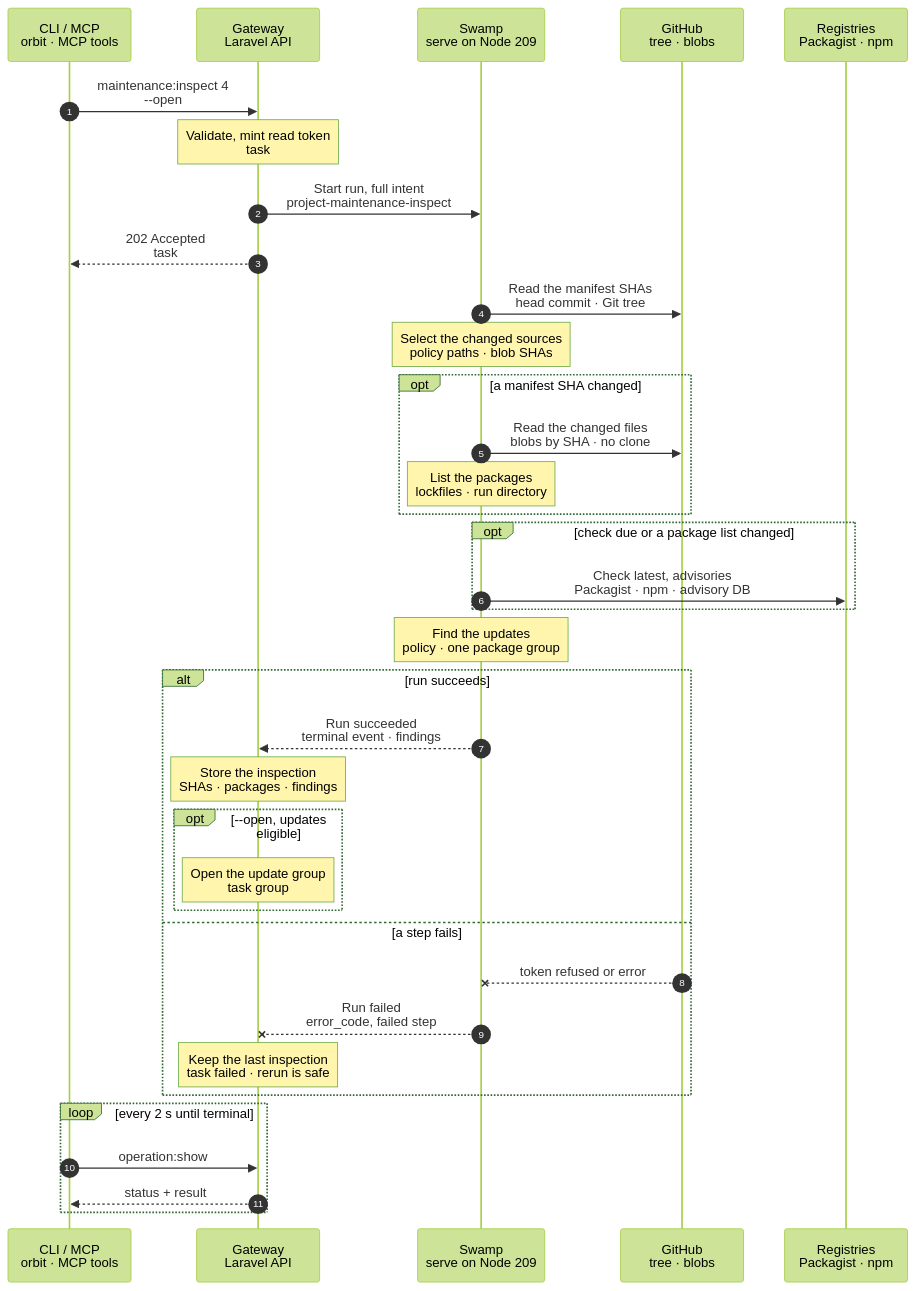
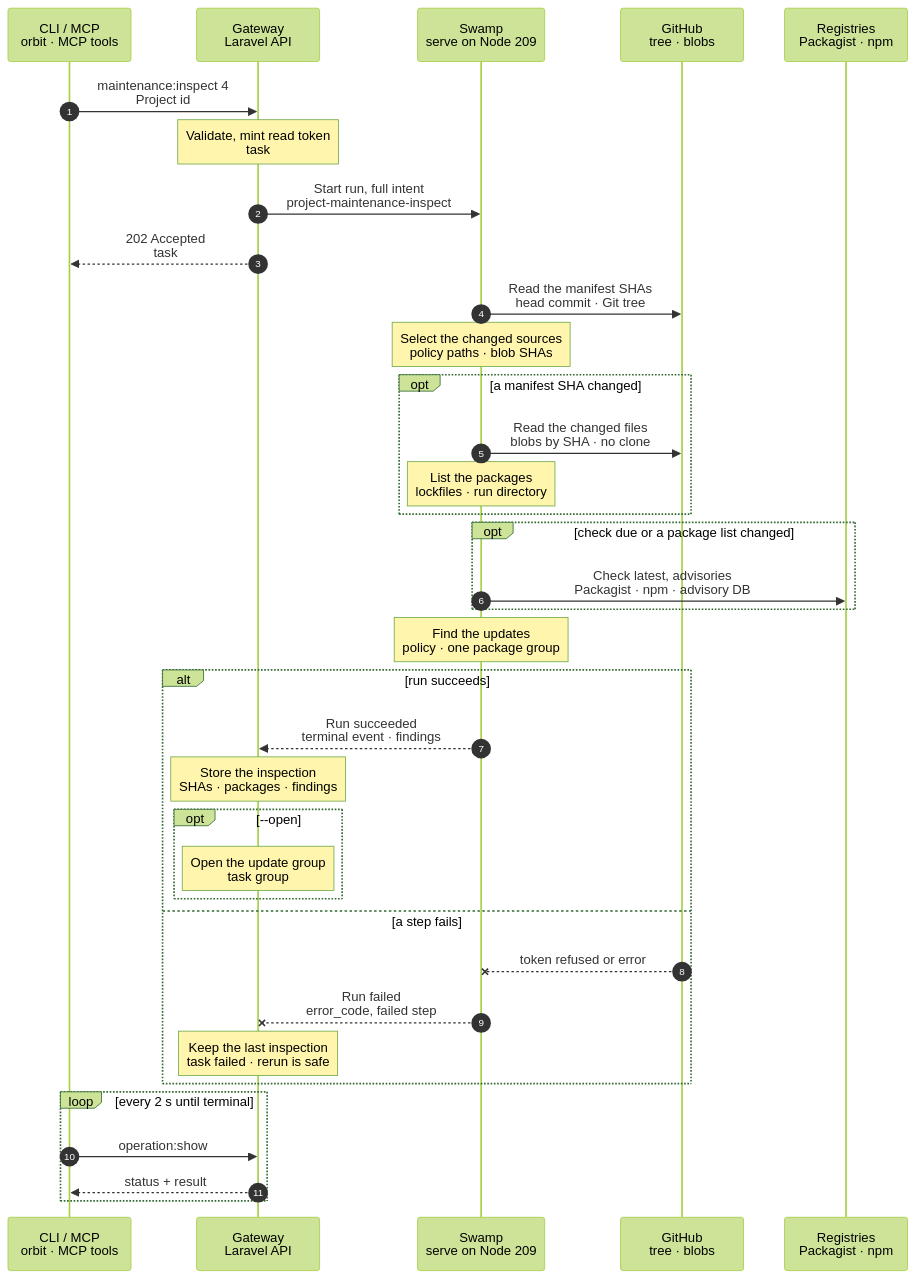
Before and after one commit to hardimpactdev/orbit: the diagram in docs/cli/project/maintenance-inspect.mmd, drawn with Mermaid (forest theme). The commit also changed 2 other files, not shown here.

Commit message:
docs(cli): draw project and metrics charts with a required-only main path
Rule 23: metrics:disable and project:maintenance:inspect drop optional
flags from the main call and draw what --purge-data and --open add in
their own opt blocks. metrics:credentials keeps --reset on its main line,
because its kind only exists with that flag; the call line now shows no
other optional flag.

```diff
--- a/docs/cli/project/maintenance-inspect.mmd
+++ b/docs/cli/project/maintenance-inspect.mmd
@@ -1,132 +1,137 @@
 sequenceDiagram
   %% Target design: ADR 0244 task (driver workflow), ADR 0239 orbit.dependencies.v1, Recall swamp-owns-dependencies + deps-one-group-per-project, R1-R3.
   %% Tightened: flow-tighten 2026-11-02, rules 3, 9, 14, 15, 18 (no input read, no attempt records, head check folded into the read, no report or fail step).
   %% Decided: Nick 2026-11-02, project:maintenance:detect becomes project:maintenance:inspect: per-Project opt-in, default branch only, blob-SHA short-circuit, changed files read through the GitHub App with no clone, daily registry and advisory check, no begin or finish notes, no orbit-gateway calls. The kind keeps its name until the code follows.
   %% status: draft
   %% command: project:maintenance:inspect
   %% kind: project.detect
+  %% Rule 23: 2026-11-03 required-only main path.
   autonumber
   %% lane CLI icon=terminal pill=caller tone=gray
   %% lane GW icon=gateway pill=intent tone=blue
   %% lane SW icon=workflow pill=executes tone=green
   %% lane GH icon=server pill=target tone=purple
   %% lane REG icon=server pill=target tone=purple
   participant CLI as CLI / MCP<br/>orbit · MCP tools
   participant GW as Gateway<br/>Laravel API
   participant SW as Swamp<br/>serve on Node 209
   participant GH as GitHub<br/>tree · blobs
   participant REG as Registries<br/>Packagist · npm
-  CLI->>GW: maintenance:inspect 4<br/>--open
+  CLI->>GW: maintenance:inspect 4<br/>Project id
   %%> Command:
-  %%> - `orbit project:maintenance:inspect 4 --open`
+  %%> - `orbit project:maintenance:inspect 4`
   %%> - syntax: `project:maintenance:inspect <project> [--open] [--idempotency-key=KEY]`
   %%> Input:
-  %%> - the Project
-  %%> - `--open`: open the update task group for the findings; without it, inspect shows the findings and creates nothing
+  %%> - the Project, required
+  %%> - `--open`, optional: also open the update task group for the findings (the `opt --open` block); by default, inspect shows the findings and creates nothing
+  %%> - `--idempotency-key`, optional: reuse a key to retry the same start
+  %%> - `--json`, optional: return the final task as JSON
   %%> Who can call it:
   %%> - the `orbit` CLI and the MCP tool send the same request
   %%> - the hourly `maintenance-projects` Schedule admits the same kind with `--open`, for each opted-in Project
   Note over GW: Validate, mint read token<br/>task #5150 · vault key
   %%> Requirements:
   %%> - your Node has an access grant to the Gateway
   %%> - maintenance is on for Project 4 (`project:maintenance:enable`); it is off by default, so customer repositories stay untouched
   %%> - Project 4 reads its repository through the GitHub App and has a default branch; only that branch is inspected
   %%> - no other `project.detect`, `project.routine` or `project.observe` task runs for Project 4
   %%> What it does:
   %%> - mints a GitHub App token with `contents: read` for this repository only
   %%> - puts it in the `orbit-control-inputs` vault as `project-dependency-read-5150` (R3)
   %%> Result:
   %%> - task #5150 recorded with the full intent; no Node is a target
   GW->>SW: Start run, full intent<br/>project-maintenance-inspect
   %%> What it does:
   %%> - starts one Swamp run on serve (Node 209)
   %%> Inputs:
   %%> - the repository and its default branch
   %%> - the blob SHAs of the last inspection and the stored package list
   %%> - whether the registry check is due: once a day, or at once with `--open`
   %%> - the vault key name of the token, never the token
   GW-->>CLI: 202 Accepted<br/>task #5150
   %%> What you get:
   %%> - the task number, at once
   %%> Next:
   %%> - the caller follows the task with `operation:show`
   SW->>GH: Read the manifest SHAs<br/>head commit · Git tree
   %%> What it does:
   %%> - one `command/shell` step with `curl` on Node 209; the token from `vault.get` is only in its environment
   %%> - reads the head commit of the default branch, then the Git tree of exactly that commit, into this run's directory
   %%> Why no clone:
   %%> - two small requests per opted-in Project each hour are cheap; a clone is not
   Note over SW: Select the changed sources<br/>policy paths · blob SHAs
   %%> What it does:
   %%> - picks the blob SHAs of `composer.json`, `composer.lock`, `package.json`, workspace `package.json` files and the JavaScript lockfile of each policy path
   %%> - compares them with the last inspection
   %%> Short-circuit:
   %%> - SHAs equal to the last inspection: the next steps are skipped by their `guard`, and the run directory is removed
   opt a manifest SHA changed
     SW->>GH: Read the changed files<br/>blobs by SHA · no clone
     %%> What it does:
     %%> - one `command/shell` step with `curl`; reads the files of the changed sources only, by blob SHA, so they match the tree just read
     Note over SW: List the packages<br/>lockfiles · run directory
     %%> What it does:
     %%> - lists the installed packages and their versions from the lockfiles; other sources keep their stored packages
     %%> - removes the run directory
     %%> Result:
     %%> - the new package list, in the step's output
   end
   opt check due or a package list changed
     SW->>REG: Check latest, advisories<br/>Packagist · npm · advisory DB
     %%> What it does:
     %%> - compares the package list with the latest Packagist and npm versions and with the advisory database
     %%> Cache:
     %%> - answers are cached per package across Projects, so a package that many Projects use is asked once a day
     %%> Why daily:
     %%> - new releases and advisories appear without any change in the repository
   end
   Note over SW: Find the updates<br/>policy · one package group
   %%> What it does:
   %%> - applies release-age policy, version constraints and the Project's exceptions
   %%> - at most one package group: every eligible major and advisory fix together
   %%> - skipped with the registry check when no file changed and no check was due
   %%> Result:
   %%> - the update targets, the blocked findings and the group request, in the step's output
   %%> Not included:
   %%> - no `orbit-gateway` behavior and no Gateway call
   %%> - no begin or finish note: Swamp records each run, and the Gateway reads the terminal result
   alt run succeeds
     SW-->>GW: Run succeeded<br/>terminal event · findings
     %%> How the Gateway learns it:
     %%> - its shared run reader sees the terminal event; Swamp never calls the Gateway
     Note over GW: Store the inspection<br/>SHAs · packages · findings
     %%> Result:
     %%> - the blob SHAs, the package list and the findings stored for Project 4
-    %%> - without `--open`: nothing is created; the result shows the findings
+    %%> - nothing is created; the result shows the findings
     %%> - task #5150 succeeds
-    opt --open, updates eligible
+    opt --open
       Note over GW: Open the update group<br/>task group #812 · tasks.provision
+      %%> When:
+      %%> - the findings hold eligible updates
       %%> Result:
       %%> - task group #812 with one package group, for one pull request
       %%> - the Gateway admits `tasks.provision` for it; Pi turns then run in its task VM (driver `pi`)
       %%> Not admitted:
       %%> - a group while Project 4 has an open maintenance task group or unfinished work, from the Gateway's own records
     end
   else a step fails
     GH--xSW: token refused or error
     %%> When:
     %%> - the token is refused, a read fails, or a registry does not answer
     SW--xGW: Run failed<br/>error_code, failed step
     %%> The Gateway reads:
     %%> - which step failed and its error code, for example `project.scan_failed`
     Note over GW: Keep the last inspection<br/>task failed · rerun is safe
     %%> Result:
     %%> - task #5150 fails; the stored SHAs and package list stay, and no task group is created
     %%> Retry:
     %%> - run the command again with a new key, or wait for the next hourly Schedule fire
   end
   loop every 2 s until terminal
     CLI->>GW: operation:show #5150
     %%> What it does:
     %%> - asks for the task's status every 2 seconds until it has ended
     GW-->>CLI: status + result
     %%> Returns:
     %%> - the current status, and the counts of targets and blocked findings and any opened group ID once the task has ended
   end
```
